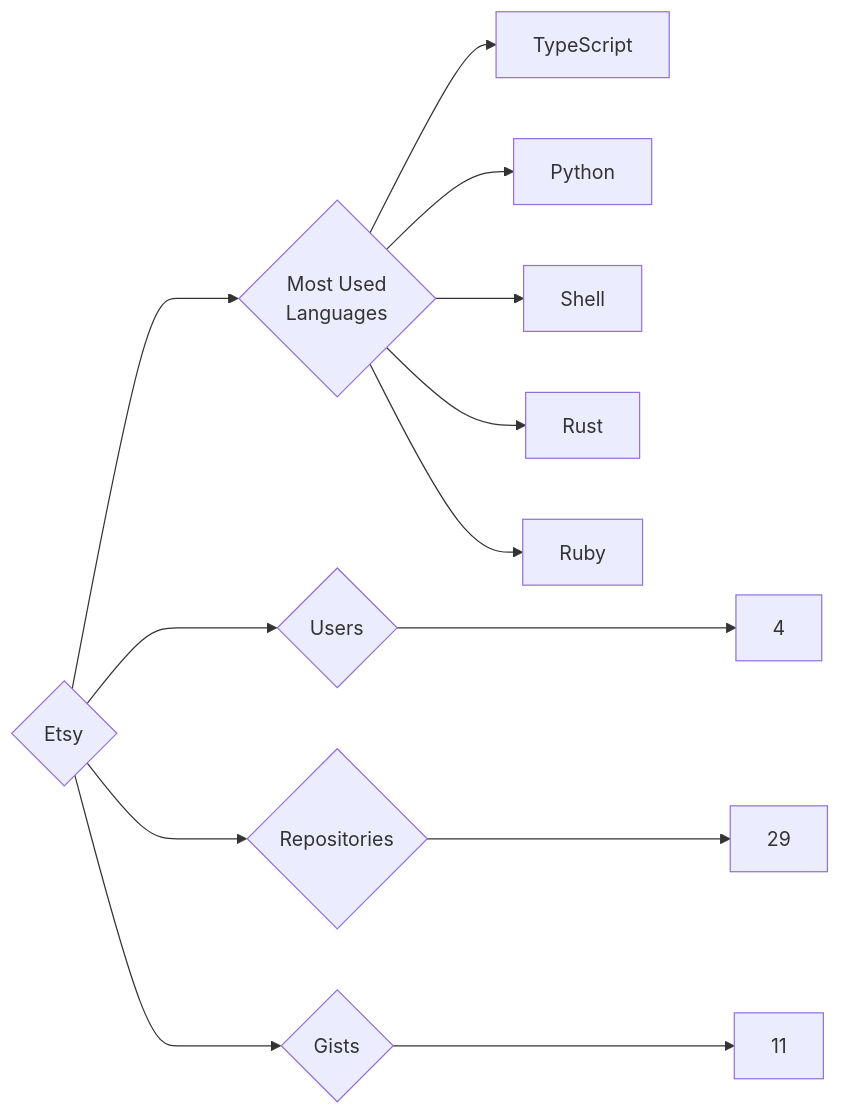
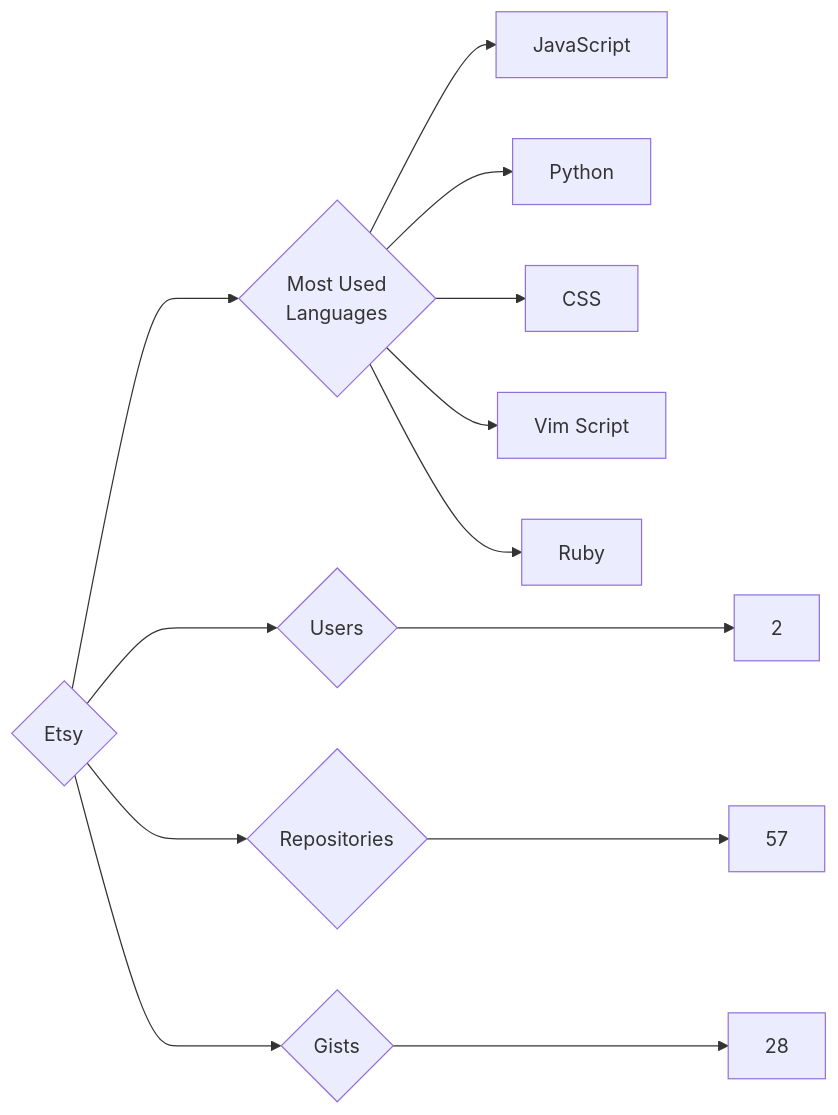
One commit to trickest/insiders changed the diagram in targets/Etsy/README.md. Above: the diagram before and after it, drawn with Mermaid. The commit also changed 1078 other files, not shown here.

````diff
--- a/targets/Etsy/README.md
+++ b/targets/Etsy/README.md
@@ -3,13 +3,13 @@
 ```mermaid
 graph LR
 COMPANY_NAME{Etsy}
-COMPANY_NAME ---> U{Users} ---> UN[4]
-COMPANY_NAME ---> R{Repositories} ---> RN[29]
-COMPANY_NAME ---> G{Gists} ---> GN[11]
+COMPANY_NAME ---> U{Users} ---> UN[2]
+COMPANY_NAME ---> R{Repositories} ---> RN[57]
+COMPANY_NAME ---> G{Gists} ---> GN[28]
 COMPANY_NAME ---> ML{Most Used<br>Languages}
-ML --> TypeScript[TypeScript]
+ML --> JavaScript[JavaScript]
 ML --> Python[Python]
-ML --> Shell[Shell]
-ML --> Rust[Rust]
+ML --> CSS[CSS]
+ML --> Vim_Script[Vim Script]
 ML --> Ruby[Ruby]
 ```
````
